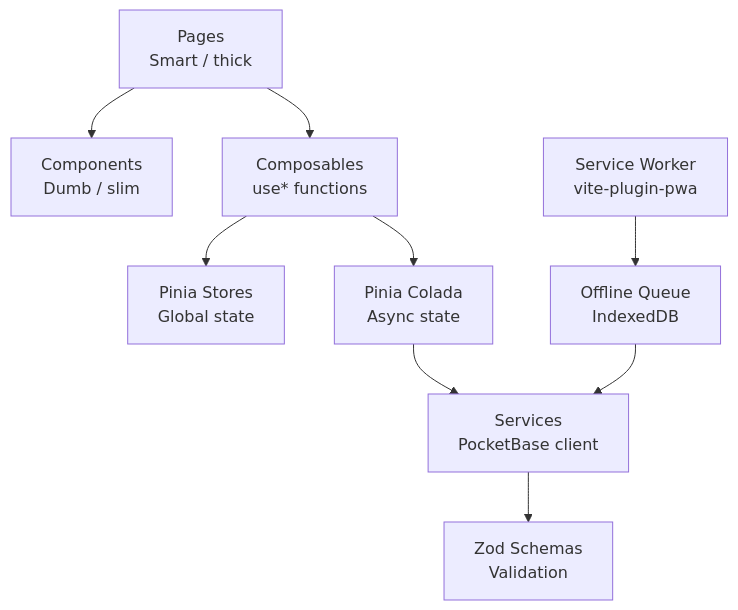
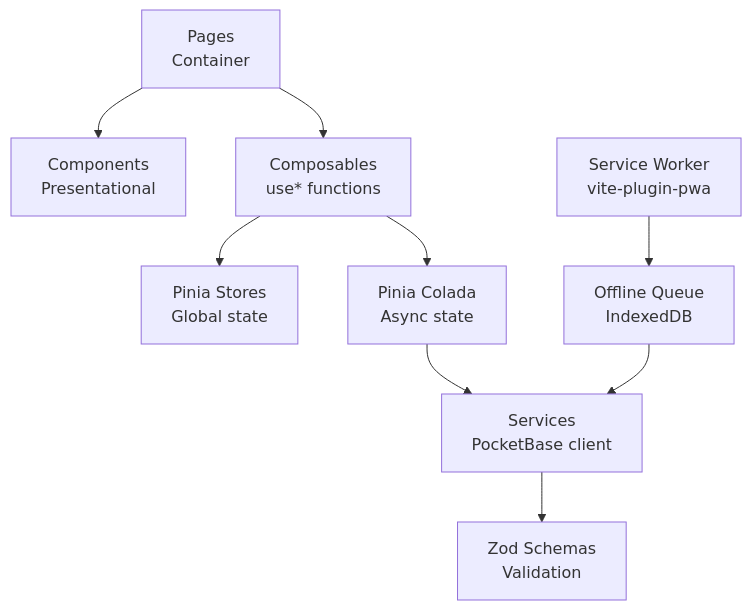
The second of 4 diagrams in documentation/02_architecture.md (DarynHolmes/festive), drawn with Mermaid before and after one commit. The commit also changed other lines of this file and 10 other files, not shown here.

````diff
--- a/documentation/02_architecture.md
+++ b/documentation/02_architecture.md
@@ -34,21 +34,21 @@
 ```mermaid
 graph TD
-    Pages[Pages<br/>Smart / thick]
-    Components[Components<br/>Dumb / slim]
+    Pages[Pages<br/>Container]
+    Components[Components<br/>Presentational]
     Composables[Composables<br/>use* functions]
     Stores[Pinia Stores<br/>Global state]
     Colada[Pinia Colada<br/>Async state]
     Services[Services<br/>PocketBase client]
     Schemas[Zod Schemas<br/>Validation]
     SW[Service Worker<br/>vite-plugin-pwa]
     Queue[Offline Queue<br/>IndexedDB]
 
     Pages --> Components
     Pages --> Composables
     Composables --> Stores
     Composables --> Colada
     Colada --> Services
     Services --> Schemas
     SW --> Queue
     Queue --> Services
 ```
````
